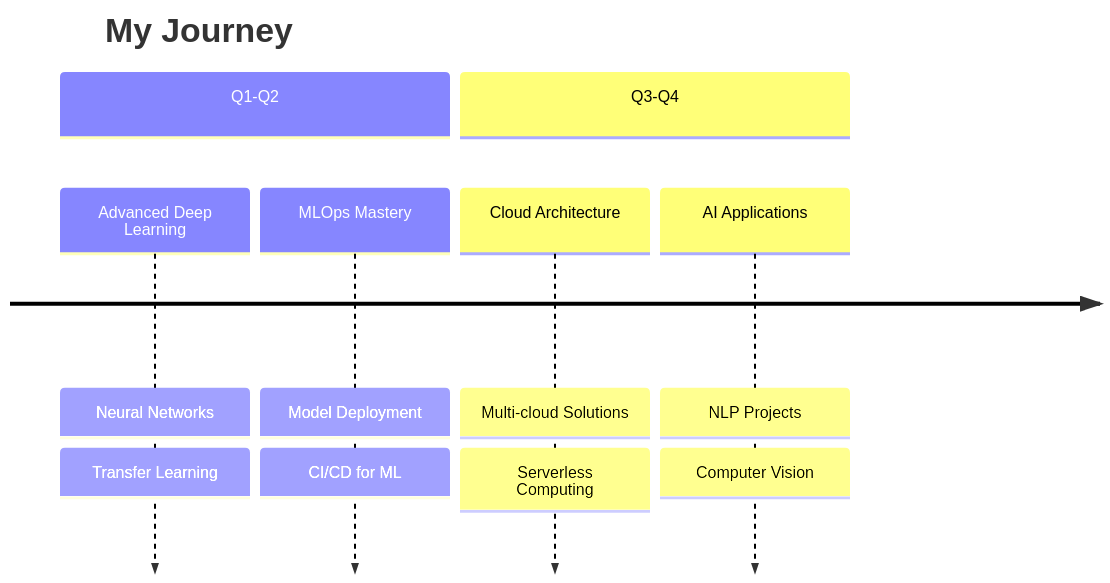
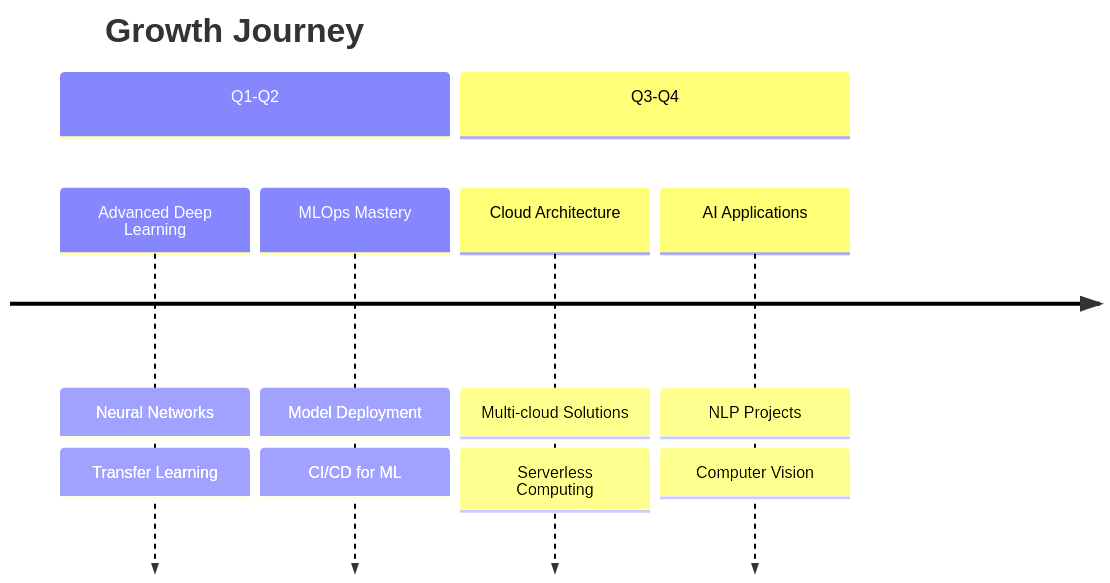
Before and after one commit to coder-akram-khan/coder-akram-khan: the second of 2 diagrams in README.md, drawn with Mermaid. The commit also changed other lines of this file, not shown here.

````diff
--- a/README.md
+++ b/README.md
@@ -478,14 +447,14 @@
 ```mermaid
 timeline
-    title My Journey
+    title Growth Journey
     section Q1-Q2
         Advanced Deep Learning : Neural Networks
                                 : Transfer Learning
         MLOps Mastery : Model Deployment
                        : CI/CD for ML
     section Q3-Q4
         Cloud Architecture : Multi-cloud Solutions
                            : Serverless Computing
         AI Applications : NLP Projects
                         : Computer Vision
 ```
````
